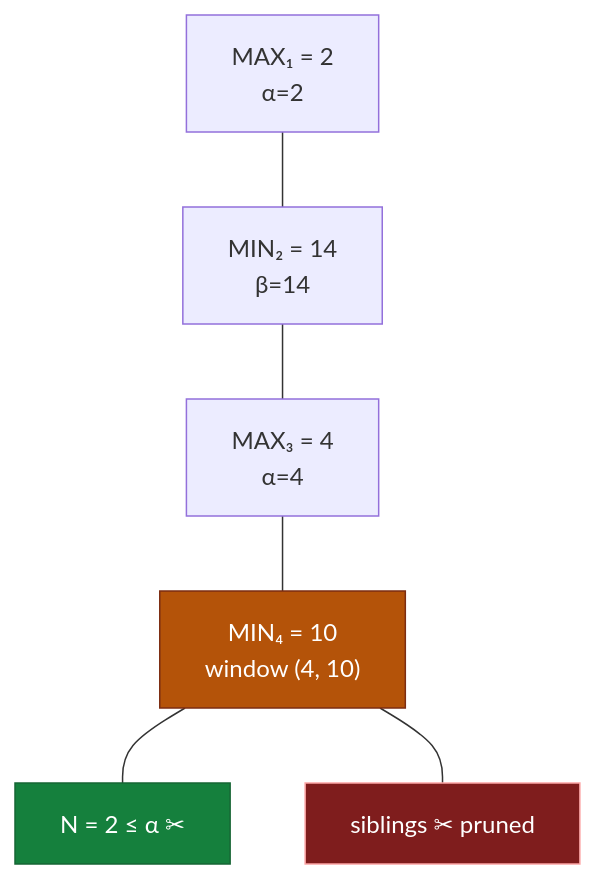
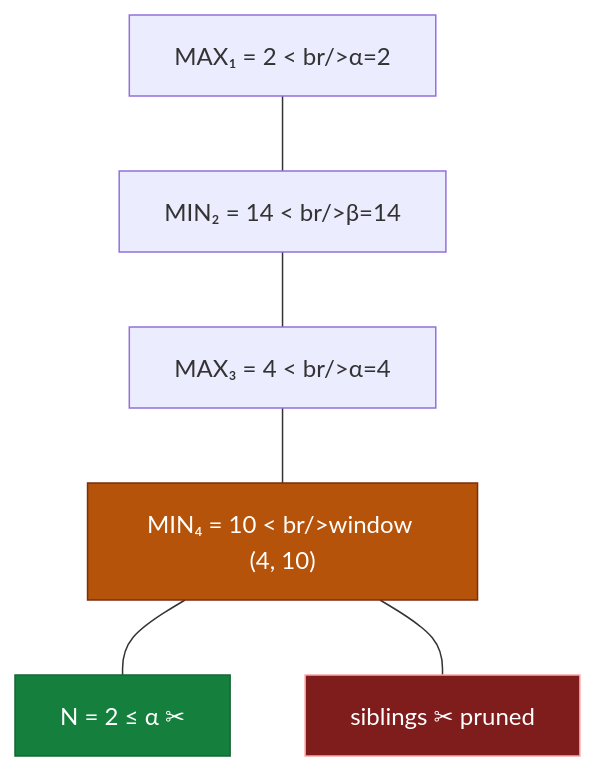
One commit to vbordia/aifu changed the diagram in src/content/papers/25t3-fn/02-alpha-beta.mdx. Above: the diagram before and after it, drawn with Mermaid. The commit also changed 146 other files, not shown here.

````diff
--- a/src/content/papers/25t3-fn/02-alpha-beta.mdx
+++ b/src/content/papers/25t3-fn/02-alpha-beta.mdx
@@ -55,11 +55,11 @@
 ```mermaid
 graph TD
-    A["MAX₁ = 2<br/>α=2"] --- B["MIN₂ = 14<br/>β=14"]
-    B --- C["MAX₃ = 4<br/>α=4"]
-    C --- D["MIN₄ = 10<br/>window (4, 10)"]
+    A["MAX₁ = 2 &lt; br/>α=2"] --- B["MIN₂ = 14 &lt; br/>β=14"]
+    B --- C["MAX₃ = 4 &lt; br/>α=4"]
+    C --- D["MIN₄ = 10 &lt; br/>window (4, 10)"]
     D --- E["N = 2 ≤ α ✂"]
     D --- F["siblings ✂ pruned"]
     style D fill:#b45309,stroke:#7c2d12,color:#fff
     style E fill:#15803d,stroke:#166534,color:#fff
     style F fill:#7f1d1d,stroke:#fca5a5,color:#fff
 ```
````
